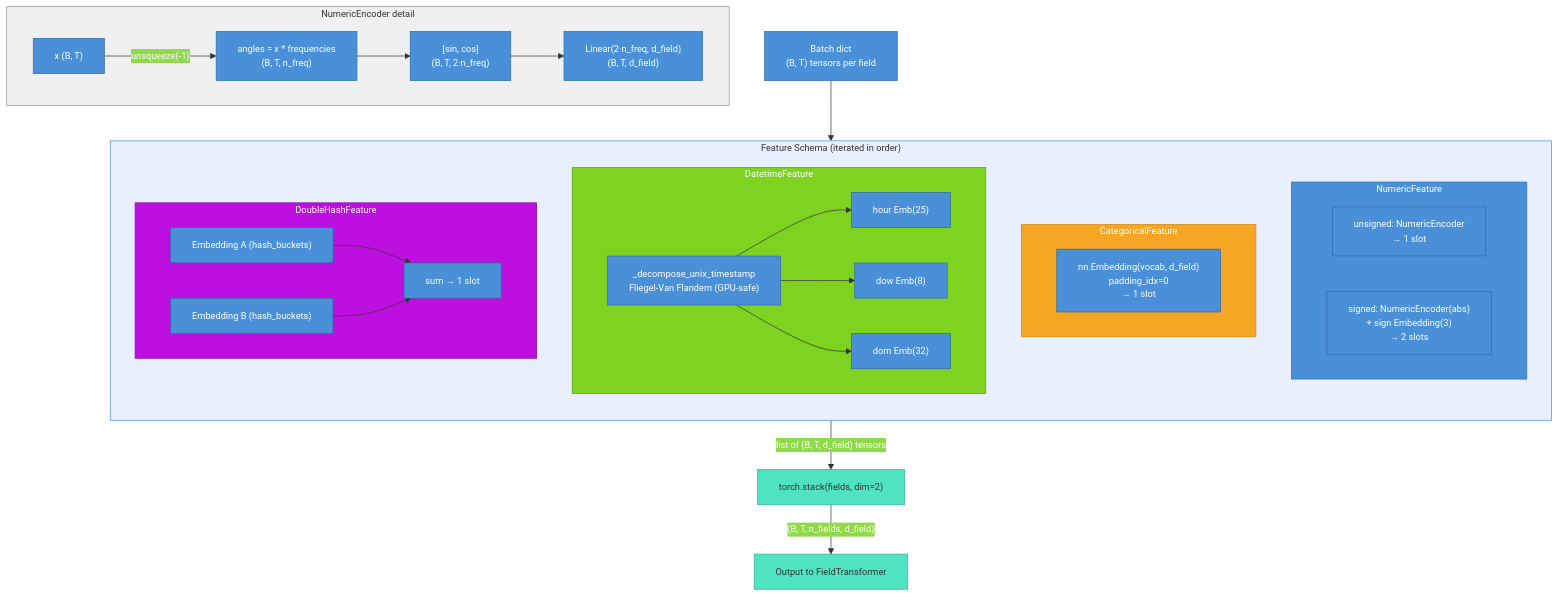
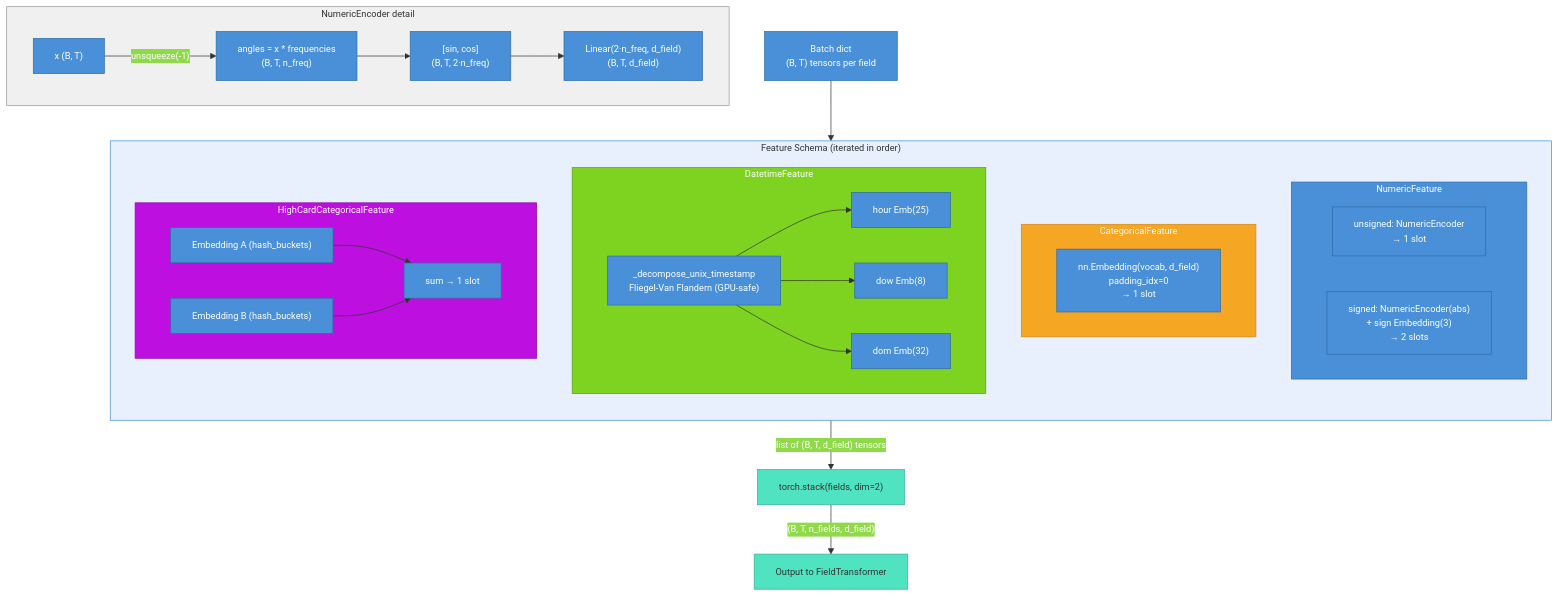
One commit to JulienGenovese/TemporalEmbedding changed the diagram in architecture/diagrams_mmd/encoder.mmd. Above: the diagram before and after it, drawn with Mermaid. The commit also changed 7 other files, not shown here.

```diff
--- a/architecture/diagrams_mmd/encoder.mmd
+++ b/architecture/diagrams_mmd/encoder.mmd
@@ -1,55 +1,55 @@
 %%{init: {'theme': 'base', 'themeVariables': {'primaryColor': '#4A90D9', 'primaryTextColor': '#fff', 'primaryBorderColor': '#2E6BA6', 'lineColor': '#333', 'fontSize': '13px'}}}%%
 graph TD
     BATCH["Batch dict<br/>(B, T) tensors per field"]
 
     subgraph SCHEMA["Feature Schema (iterated in order)"]
         direction TB
 
         subgraph NF["NumericFeature"]
             NF_U["unsigned: NumericEncoder<br/>→ 1 slot"]
             NF_S["signed: NumericEncoder(abs)<br/>+ sign Embedding(3)<br/>→ 2 slots"]
         end
 
         subgraph CF["CategoricalFeature"]
             CF_E["nn.Embedding(vocab, d_field)<br/>padding_idx=0<br/>→ 1 slot"]
         end
 
         subgraph DF["DatetimeFeature"]
             DF_DEC["_decompose_unix_timestamp<br/>Fliegel-Van Flandern (GPU-safe)"]
             DF_H["hour Emb(25)"]
             DF_W["dow Emb(8)"]
             DF_D["dom Emb(32)"]
             DF_DEC --> DF_H
             DF_DEC --> DF_W
             DF_DEC --> DF_D
         end
 
-        subgraph DHF["DoubleHashFeature"]
+        subgraph DHF["HighCardCategoricalFeature"]
             DHF_A["Embedding A (hash_buckets)"]
             DHF_B["Embedding B (hash_buckets)"]
             DHF_SUM["sum → 1 slot"]
             DHF_A --> DHF_SUM
             DHF_B --> DHF_SUM
         end
     end
 
     BATCH --> SCHEMA
 
     SCHEMA -->|"list of (B, T, d_field) tensors"| STACK["torch.stack(fields, dim=2)"]
     STACK -->|"(B, T, n_fields, d_field)"| OUT["Output to FieldTransformer"]
 
     subgraph NUMENC["NumericEncoder detail"]
         direction LR
         X["x (B, T)"] -->|"unsqueeze(-1)"| ANG["angles = x * frequencies<br/>(B, T, n_freq)"]
         ANG --> SINCOS["[sin, cos]<br/>(B, T, 2·n_freq)"]
         SINCOS --> PROJ["Linear(2·n_freq, d_field)<br/>(B, T, d_field)"]
     end
 
     style SCHEMA fill:#E8F0FE,stroke:#4A90D9,color:#333
     style NF fill:#4A90D9,stroke:#2E6BA6,color:#fff
     style CF fill:#F5A623,stroke:#D4891A,color:#fff
     style DF fill:#7ED321,stroke:#5CA018,color:#fff
     style DHF fill:#BD10E0,stroke:#8B0BA6,color:#fff
     style NUMENC fill:#F0F0F0,stroke:#999,color:#333
     style STACK fill:#50E3C2,stroke:#36B09C,color:#333
     style OUT fill:#50E3C2,stroke:#36B09C,color:#333
```
